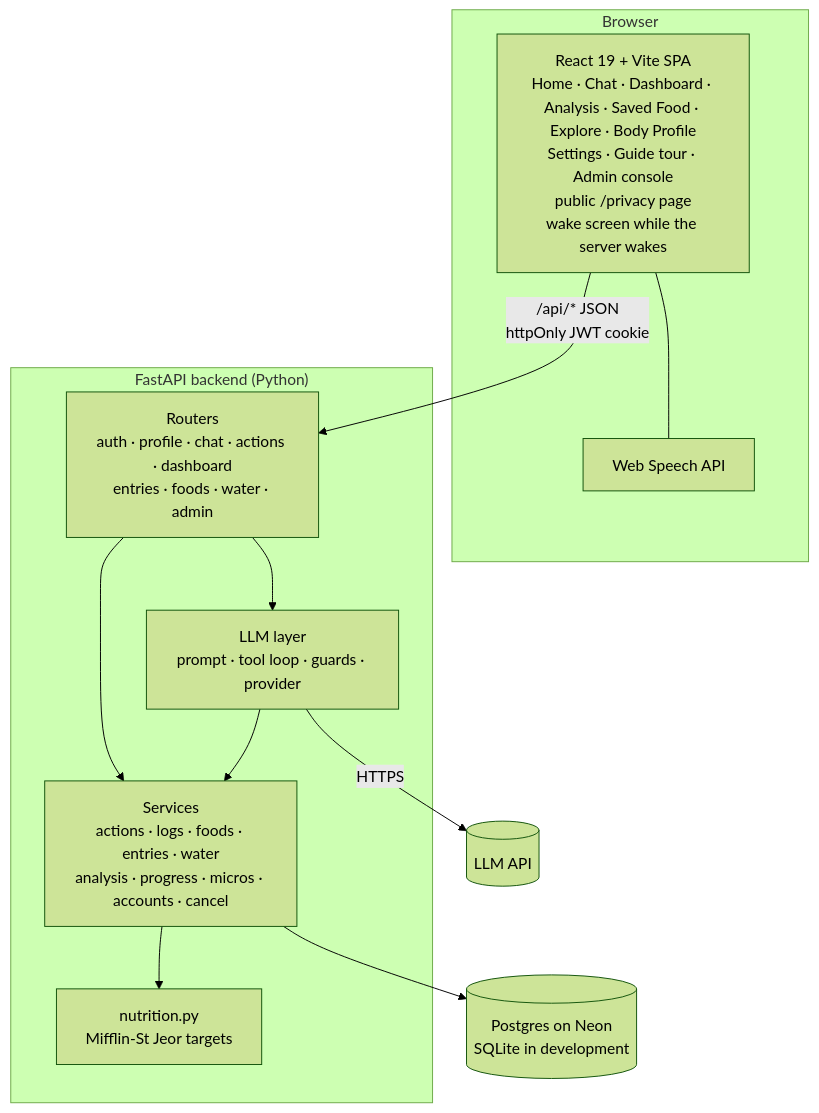
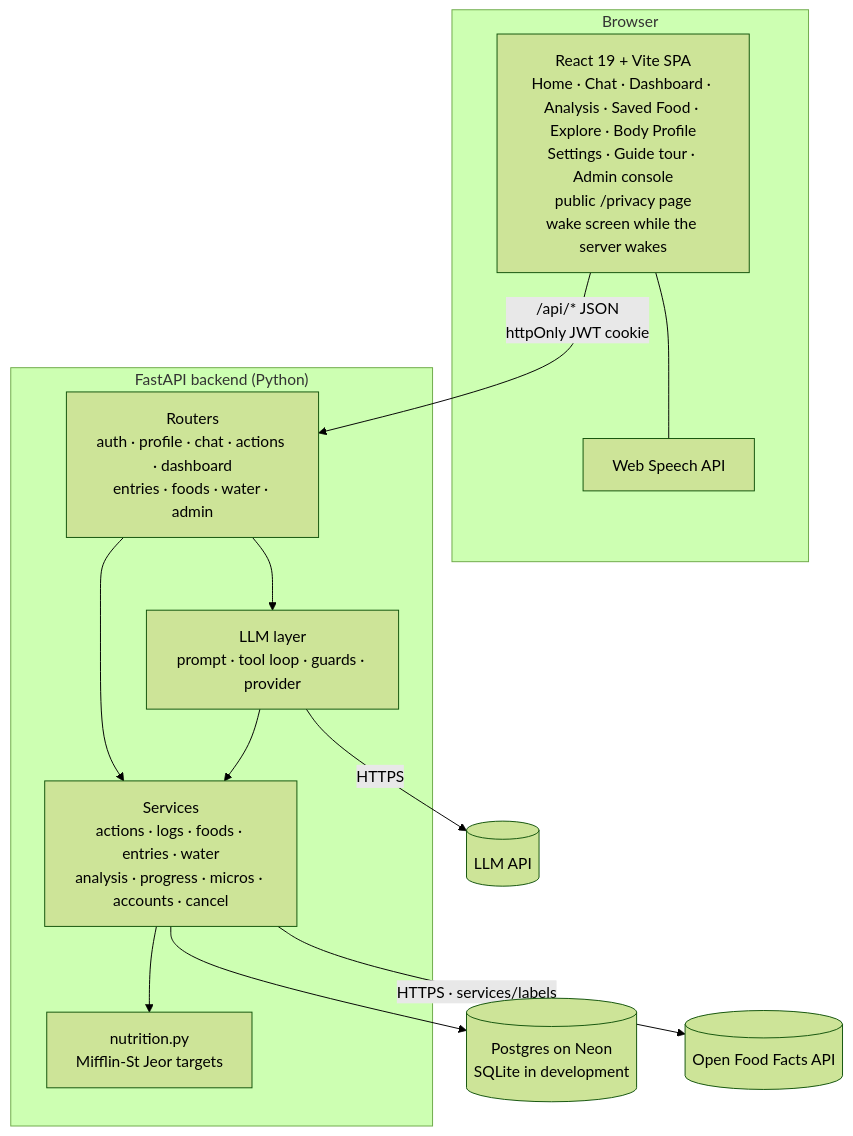
Before and after one commit to NeoAnushka21/tracker_poc: the second of 11 diagrams in docs/hld.md, drawn with Mermaid (forest theme). The commit also changed other lines of this file and 21 other files, not shown here.

First line of the commit message:
Saved Food: Brands with Open Food Facts label check, and + Add for foods and recipes

````diff
--- a/docs/hld.md
+++ b/docs/hld.md
@@ -38,26 +40,28 @@
 ```mermaid
 flowchart TB
     subgraph Browser
         SPA[React 19 + Vite SPA<br/>Home · Chat · Dashboard · Analysis · Saved Food · Explore · Body Profile<br/>Settings · Guide tour · Admin console<br/>public /privacy page<br/>wake screen while the server wakes]
         STT[Web Speech API]
         SPA --- STT
     end
 
     subgraph Server["FastAPI backend (Python)"]
         R[Routers<br/>auth · profile · chat · actions · dashboard<br/>entries · foods · water · admin]
         L[LLM layer<br/>prompt · tool loop · guards · provider]
         S[Services<br/>actions · logs · foods · entries · water<br/>analysis · progress · micros · accounts · cancel]
         N[nutrition.py<br/>Mifflin-St Jeor targets]
         R --> L
         R --> S
         L --> S
         S --> N
     end
 
     DB[(Postgres on Neon<br/>SQLite in development)]
     LLM[(LLM API)]
+    OFF[(Open Food Facts API)]
 
     SPA -->|/api/* JSON<br/>httpOnly JWT cookie| R
     S --> DB
     L -->|HTTPS| LLM
+    S -->|HTTPS · services/labels| OFF
 ```
````
